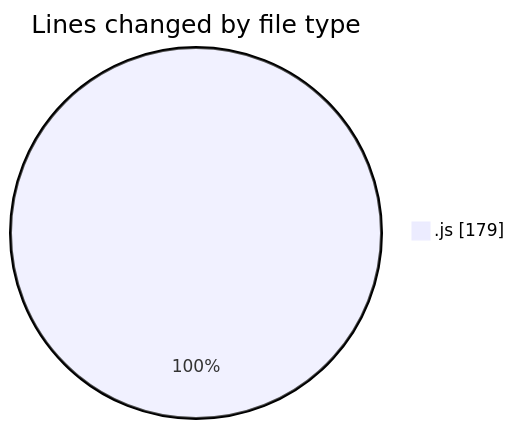
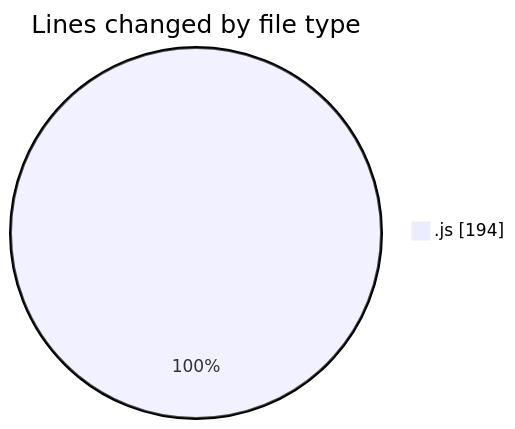
One commit to Ritupan-Deka/code-tracking changed the first of 2 diagrams in 2025-08-09/javascript/README.md. Above: the diagram before and after it, drawn with Mermaid. The commit also changed other lines of this file and 1 other file, not shown here.

````diff
--- a/2025-08-09/javascript/README.md
+++ b/2025-08-09/javascript/README.md
@@ -20,5 +20,5 @@
 ```mermaid
 pie showData
 title Lines changed by file type
-".js" : 179
+".js" : 194
 ```
````
